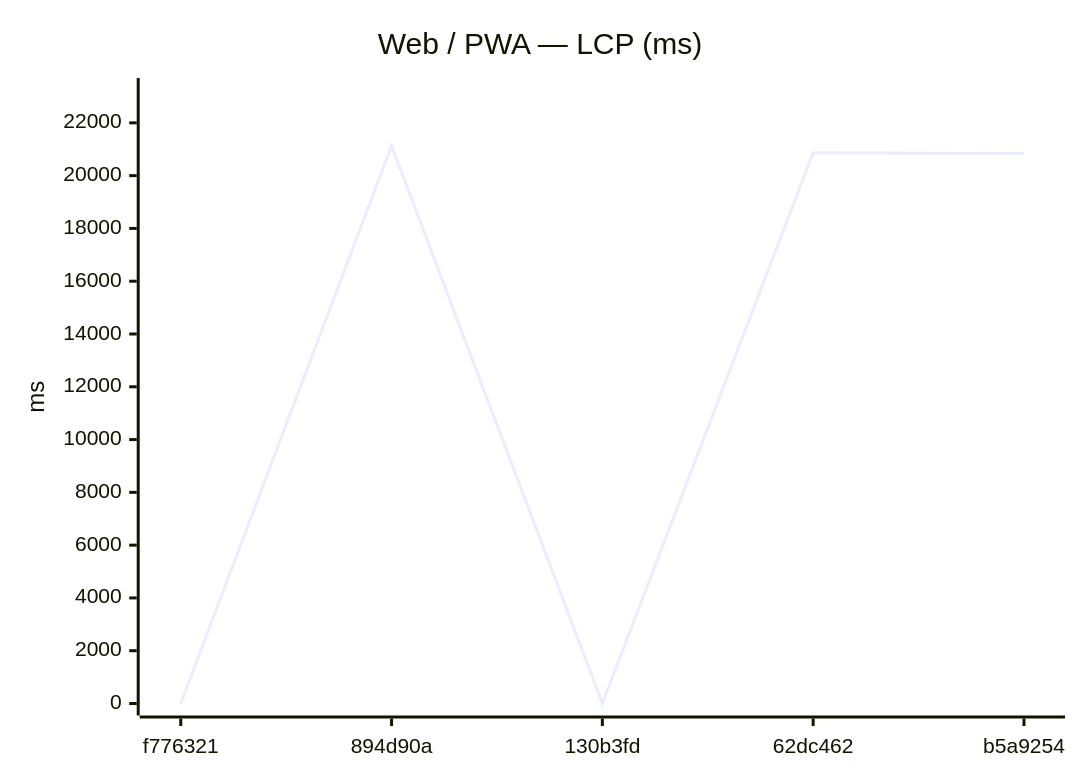
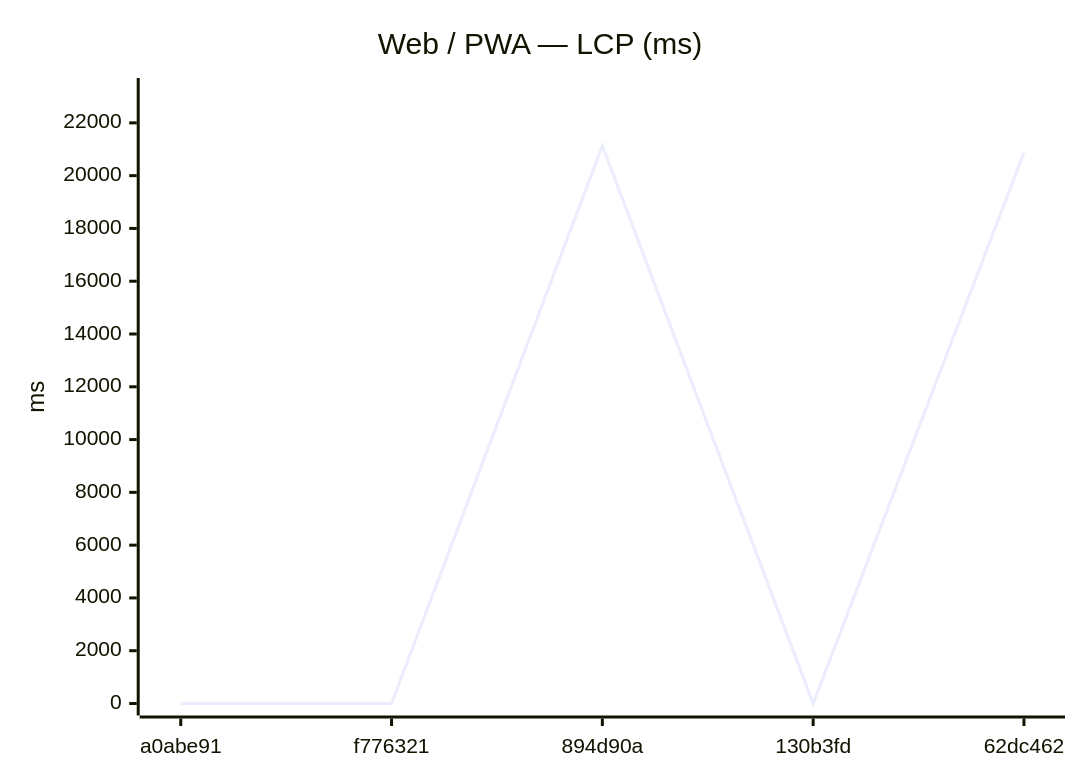
One commit to Metaheurist/Rianell changed the seventh of 18 diagrams in benchmarks/compare.md. Above: the diagram before and after it, drawn with Mermaid. The commit also changed other lines of this file and 11 other files, not shown here.

````diff
--- a/benchmarks/compare.md
+++ b/benchmarks/compare.md
@@ -117,7 +117,7 @@
 ```mermaid
 xychart-beta
     title "Web / PWA — LCP (ms)"
-    x-axis ["f776321", "894d90a", "130b3fd", "62dc462", "b5a9254"]
+    x-axis ["a0abe91", "f776321", "894d90a", "130b3fd", "62dc462"]
     y-axis "ms" 0 --> 23245
-    line [0, 21131, 0, 20871, 20837]
+    line [0, 0, 21131, 0, 20871]
 ```
````
